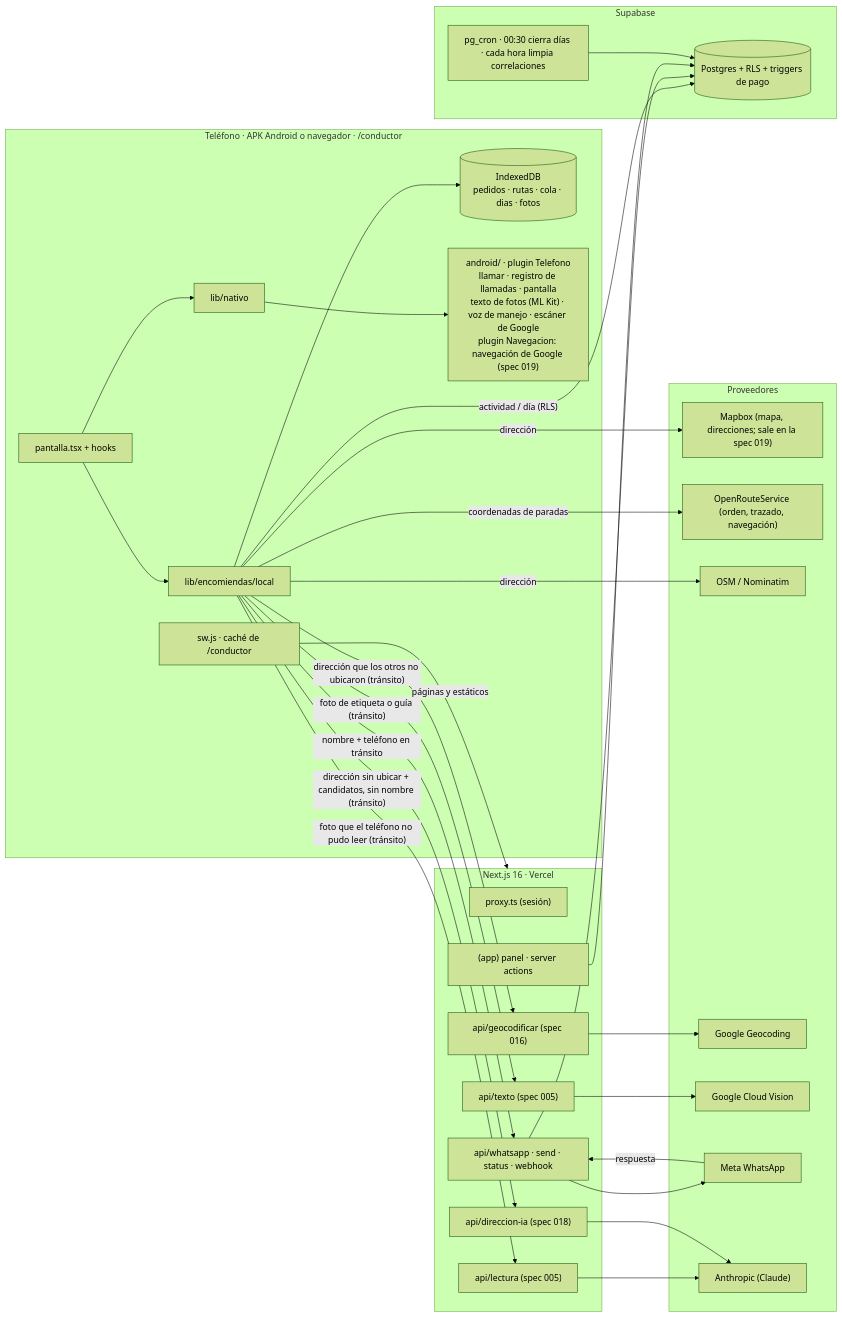
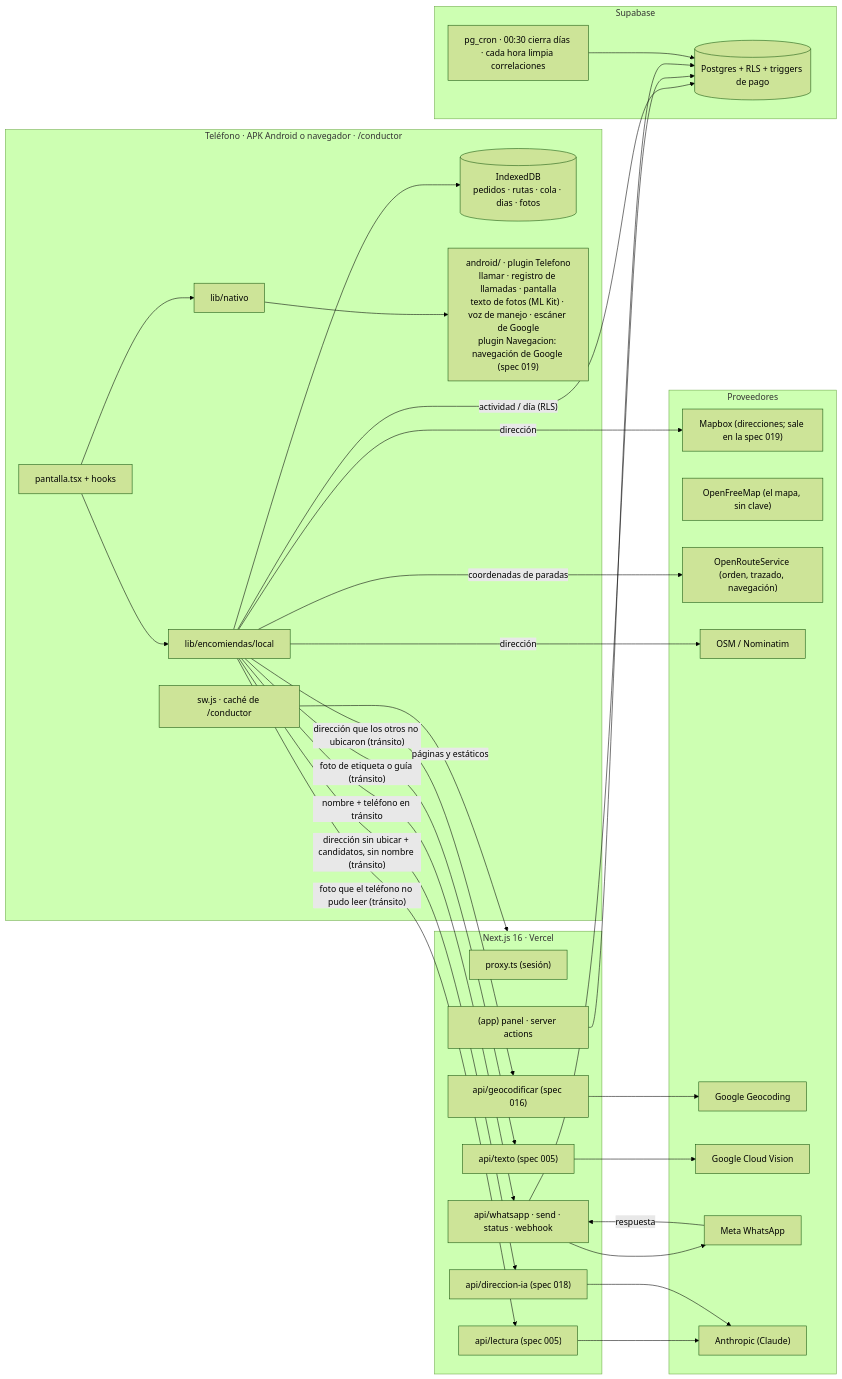
One commit to etianypr/ProyectoAres changed the first of 4 diagrams in docs/ARQUITECTURA.md. Above: the diagram before and after it, drawn with Mermaid (forest theme). The commit also changed other lines of this file and 25 other files, not shown here.

First line of the commit message:
Spec 019: el mapa con MapLibre y OpenFreeMap

````diff
--- a/docs/ARQUITECTURA.md
+++ b/docs/ARQUITECTURA.md
@@ -8,43 +8,44 @@
 ```mermaid
 flowchart LR
   subgraph TEL["Teléfono · APK Android o navegador · /conductor"]
     UI["pantalla.tsx + hooks"] --> LOCAL["lib/encomiendas/local"] --> IDB[("IndexedDB<br/>pedidos · rutas · cola · dias · fotos")]
     UI --> NAT["lib/nativo"] --> PLUG["android/ · plugin Telefono<br/>llamar · registro de llamadas · pantalla<br/>texto de fotos (ML Kit) · voz de manejo · escáner de Google<br/>plugin Navegacion: navegación de Google (spec 019)"]
     SW["sw.js · caché de /conductor"]
   end
   subgraph EXT["Proveedores"]
-    MAPBOX["Mapbox (mapa, direcciones; sale en la spec 019)"]
+    MAPBOX["Mapbox (direcciones; sale en la spec 019)"]
+    OFM["OpenFreeMap (el mapa, sin clave)"]
     ORS["OpenRouteService (orden, trazado, navegación)"]
     OSM["OSM / Nominatim"]
     GOOGLE["Google Geocoding"]
     VISION["Google Cloud Vision"]
     META["Meta WhatsApp"]
     CLAUDE["Anthropic (Claude)"]
   end
   subgraph NEXT["Next.js 16 · Vercel"]
     PROXY["proxy.ts (sesión)"]
     PANEL["(app) panel · server actions"]
     API["api/whatsapp · send · status · webhook"]
     LECT["api/lectura (spec 005)"]
     GEO["api/geocodificar (spec 016)"]
     TXT["api/texto (spec 005)"]
     DIA["api/direccion-ia (spec 018)"]
   end
   subgraph SB["Supabase"]
     PG[("Postgres + RLS + triggers de pago")]
     CRON["pg_cron · 00:30 cierra días · cada hora limpia correlaciones"]
   end
   LOCAL -- "dirección" --> MAPBOX
   LOCAL -- "coordenadas de paradas" --> ORS
   LOCAL -- "dirección" --> OSM
   LOCAL -- "dirección que los otros no ubicaron (tránsito)" --> GEO --> GOOGLE
   LOCAL -- "foto de etiqueta o guía (tránsito)" --> TXT --> VISION
   LOCAL -- "actividad / día (RLS)" --> PG
   LOCAL -- "nombre + teléfono en tránsito" --> API --> META
   META -- "respuesta" --> API --> PG
   LOCAL -- "foto que el teléfono no pudo leer (tránsito)" --> LECT --> CLAUDE
   LOCAL -- "dirección sin ubicar + candidatos, sin nombre (tránsito)" --> DIA --> CLAUDE
   PANEL --> PG
   CRON --> PG
   SW -- "páginas y estáticos" --> NEXT
 ```
````
